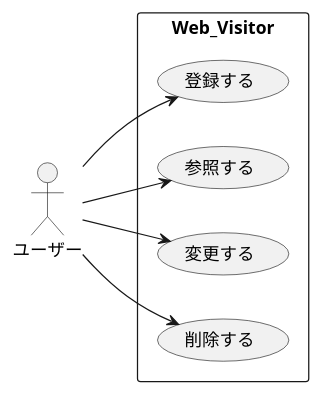
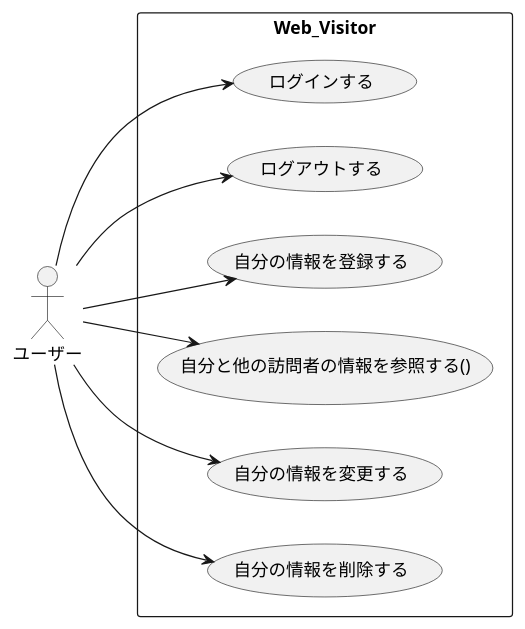
The diagram in group/07_web_visitor_3_2/usecase.pu (oharayu/ohara_uml), drawn with PlantUML before and after one commit. The commit also changed 2 other files, not shown here.

```diff
--- a/group/07_web_visitor_3_2/usecase.pu
+++ b/group/07_web_visitor_3_2/usecase.pu
@@ -1,15 +1,19 @@
 @startuml Web_Visitorユースケース図
 left to right direction
 actor ユーザー as U
 
 rectangle Web_Visitor {
-  usecase "登録する" as UC1
-  usecase "参照する" as UC2
-  usecase "変更する" as UC3
-  usecase "削除する" as UC4
+  usecase "ログインする" as UC0
+  usecase "ログアウトする" as UC2
+  usecase "自分の情報を登録する" as UC3
+  usecase "自分と他の訪問者の情報を参照する()" as UC4
+  usecase "自分の情報を変更する" as UC5
+  usecase "自分の情報を削除する" as UC6
 }
-U --> UC1
+U --> UC0
 U --> UC2
 U --> UC3
 U --> UC4
+U --> UC5
+U --> UC6
 @enduml
```
